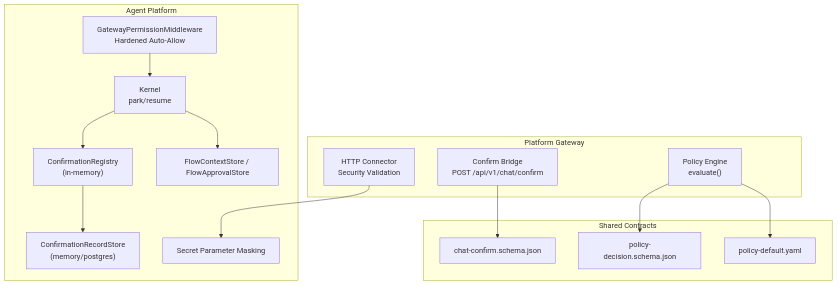
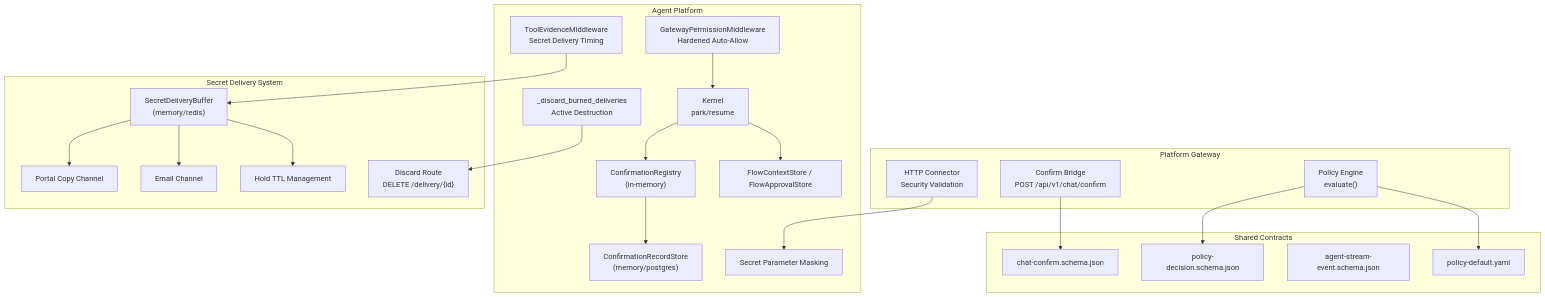
Before and after one commit to metasync/luban-aiops: the first of 10 diagrams in .qoder/repowiki/en/content/Core Services/Agent Platform/Human-in-the-Loop Approvals.md, drawn with Mermaid. The commit also changed other lines of this file and 56 other files, not shown here.

First line of the commit message:
docs: refresh repowiki knowledge cache (SPEC-062 secret delivery, v0.42.0)

````diff
--- a/.qoder/repowiki/en/content/Core Services/Agent Platform/Human-in-the-Loop Approvals.md
+++ b/.qoder/repowiki/en/content/Core Services/Agent Platform/Human-in-the-Loop Approvals.md
@@ -61,29 +68,44 @@
 ```mermaid
 graph TB
 subgraph "Agent Platform"
 A["Kernel<br/>park/resume"]
 B["ConfirmationRegistry<br/>(in-memory)"]
 C["ConfirmationRecordStore<br/>(memory/postgres)"]
 D["FlowContextStore / FlowApprovalStore"]
 E["Secret Parameter Masking"]
 F["GatewayPermissionMiddleware<br/>Hardened Auto-Allow"]
+G["ToolEvidenceMiddleware<br/>Secret Delivery Timing"]
+H["_discard_burned_deliveries<br/>Active Destruction"]
 end
 subgraph "Platform Gateway"
-G["Policy Engine<br/>evaluate()"]
-H["Confirm Bridge<br/>POST /api/v1/chat/confirm"]
-I["HTTP Connector<br/>Security Validation"]
+I["Policy Engine<br/>evaluate()"]
+J["Confirm Bridge<br/>POST /api/v1/chat/confirm"]
+K["HTTP Connector<br/>Security Validation"]
+end
+subgraph "Secret Delivery System"
+L["SecretDeliveryBuffer<br/>(memory/redis)"]
+M["Portal Copy Channel"]
+N["Email Channel"]
+O["Hold TTL Management"]
+P["Discard Route<br/>DELETE /delivery/{id}"]
 end
 subgraph "Shared Contracts"
-J["chat-confirm.schema.json"]
-K["policy-decision.schema.json"]
-L["policy-default.yaml"]
+Q["chat-confirm.schema.json"]
+R["policy-decision.schema.json"]
+S["agent-stream-event.schema.json"]
+T["policy-default.yaml"]
 end
 A --> B
 B --> C
 A --> D
 F --> A
 G --> L
-H --> J
-G --> K
-I --> E
+L --> M
+L --> N
+L --> O
+H --> P
+I --> T
+J --> Q
+I --> R
+K --> E
 ```
````
